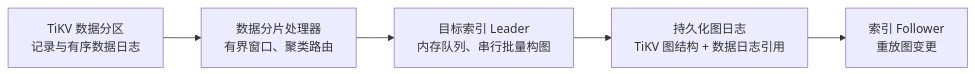
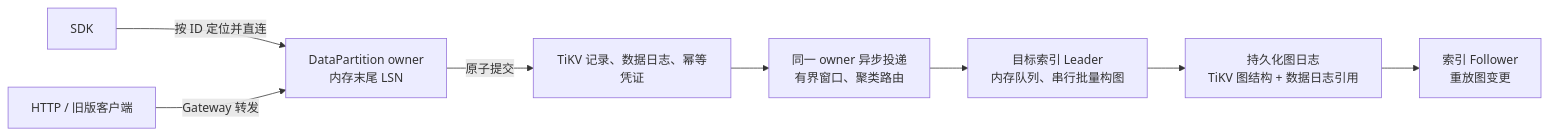
One commit to youyou-myheart/vecdb changed the diagram in CLUSTER_ROUTING.md. Above: the diagram before and after it, drawn with Mermaid. The commit also changed other lines of this file and 91 other files, not shown here.

````diff
--- a/CLUSTER_ROUTING.md
+++ b/CLUSTER_ROUTING.md
@@ -7,7 +7,10 @@
 ```mermaid
 flowchart LR
-    D["TiKV 数据分区<br/>记录与有序数据日志"] --> P["数据分片处理器<br/>有界窗口、聚类路由"]
+    SDK["SDK"] -->|按 ID 定位并直连| W["DataPartition owner<br/>内存末尾 LSN"]
+    GW["HTTP / 旧版客户端"] -->|Gateway 转发| W
+    W -->|原子提交| D["TiKV 记录、数据日志、幂等凭证"]
+    D --> P["同一 owner 异步投递<br/>有界窗口、聚类路由"]
     P --> I["目标索引 Leader<br/>内存队列、串行批量构图"]
     I --> G["持久化图日志<br/>TiKV 图结构 + 数据日志引用"]
     G --> F["索引 Follower<br/>重放图变更"]
 ```
````
